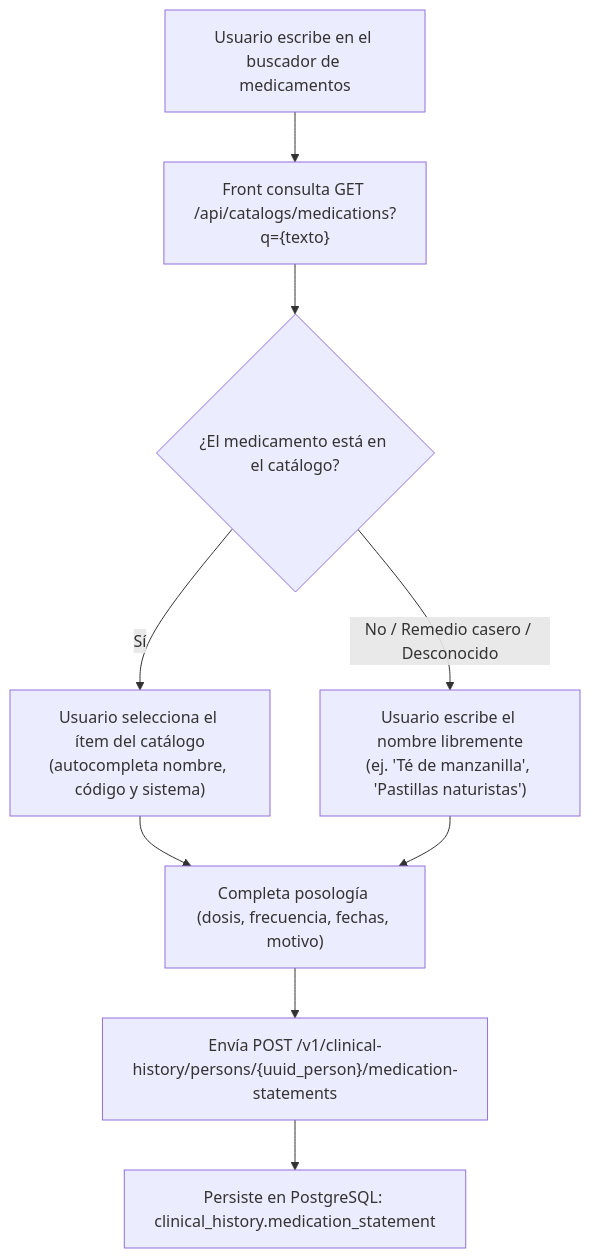
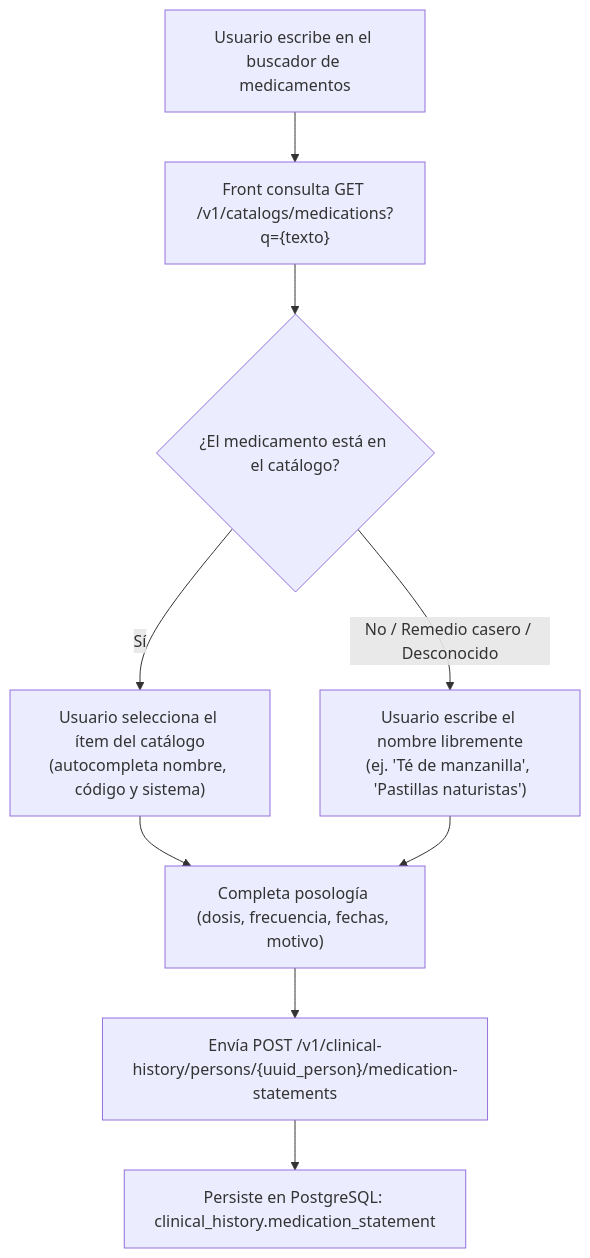
The diagram in features/clinical_history/contracts/medication_statement.md (m4ck-y/dh_docs), drawn with Mermaid before and after one commit. The commit also changed other lines of this file and 6 other files, not shown here.

Commit message:
docs(clinical_history): apply 5de841a review fixes (I1-I5) — status deviation, ERD ref, uuid v4, functional DAI-10 rule; I6 prefix

````diff
--- a/features/clinical_history/contracts/medication_statement.md
+++ b/features/clinical_history/contracts/medication_statement.md
@@ -14,11 +14,11 @@
 ```mermaid
 flowchart TD
-    A["Usuario escribe en el buscador de medicamentos"] --> B["Front consulta GET /api/catalogs/medications?q={texto}"]
+    A["Usuario escribe en el buscador de medicamentos"] -->     B["Front consulta GET /v1/catalogs/medications?q={texto}"]
     B --> C{"¿El medicamento está en el catálogo?"}
     C -->|Sí| D["Usuario selecciona el ítem del catálogo\n(autocompleta nombre, código y sistema)"]
     C -->|No / Remedio casero / Desconocido| E["Usuario escribe el nombre libremente\n(ej. 'Té de manzanilla', 'Pastillas naturistas')"]
     D --> F["Completa posología (dosis, frecuencia, fechas, motivo)"]
     E --> F
     F --> G["Envía POST /v1/clinical-history/persons/{uuid_person}/medication-statements"]
     G --> H["Persiste en PostgreSQL: clinical_history.medication_statement"]
 ```
````
